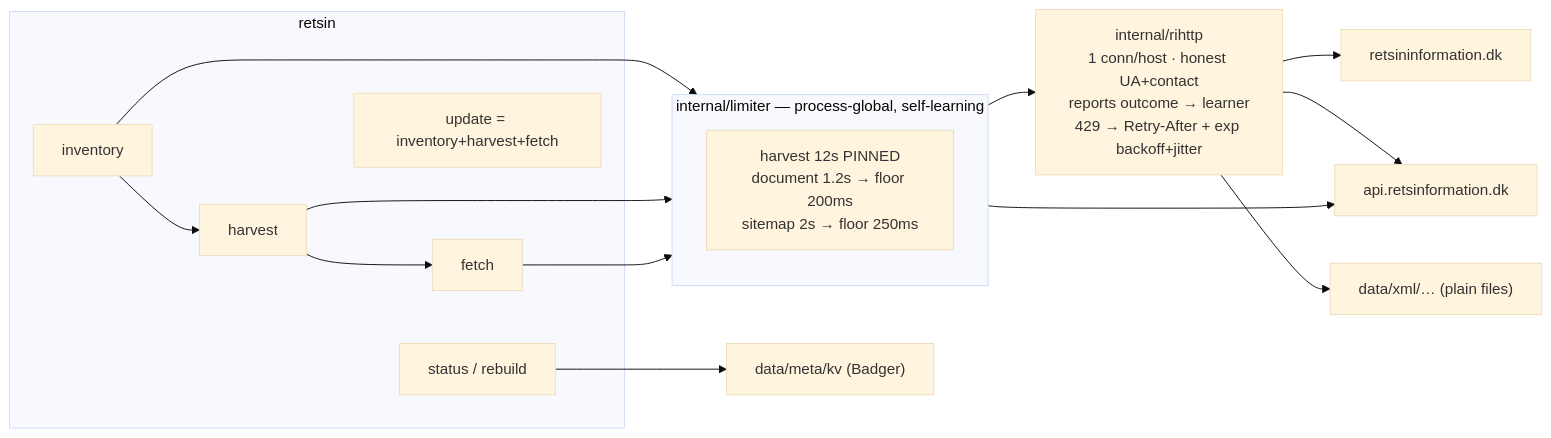
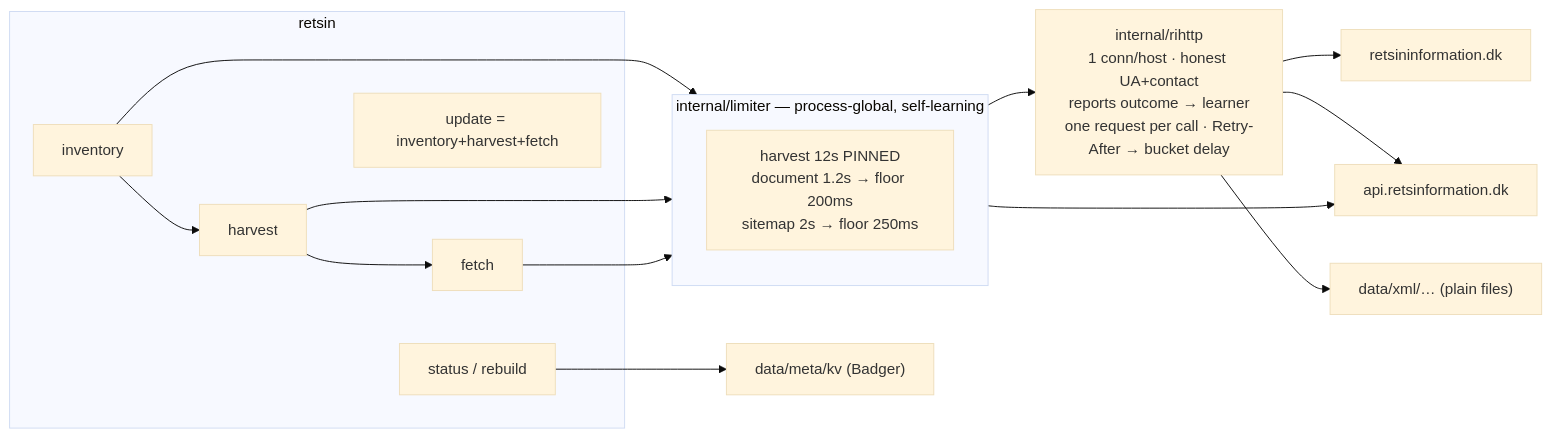
Before and after one commit to lkarlslund/lovkilde: the diagram in README.md, drawn with Mermaid (base theme). The commit also changed other lines of this file and 12 other files, not shown here.

````diff
--- a/README.md
+++ b/README.md
@@ -68,17 +68,17 @@
 ```mermaid
 flowchart LR
   subgraph CLI["retsin"]
     C1["inventory"] --> C2["harvest"] --> C3["fetch"]
     U["update = inventory+harvest+fetch"]
     S["status / rebuild"]
   end
   subgraph PACE["internal/limiter — process-global, self-learning"]
     B["harvest 12s PINNED<br/>document 1.2s → floor 200ms<br/>sitemap 2s → floor 250ms"]
   end
-  C1 & C2 & C3 --> PACE --> H["internal/rihttp<br/>1 conn/host · honest UA+contact<br/>reports outcome → learner<br/>429 → Retry-After + exp backoff+jitter"]
+  C1 & C2 & C3 --> PACE --> H["internal/rihttp<br/>1 conn/host · honest UA+contact<br/>reports outcome → learner<br/>one request per call · Retry-After → bucket delay"]
   H --> RI["retsininformation.dk"]
   PACE --> RI2["api.retsinformation.dk"]
   H --> RI2
   H --> A["data/xml/… (plain files)"]
   S --> K["data/meta/kv (Badger)"]
 ```
````
